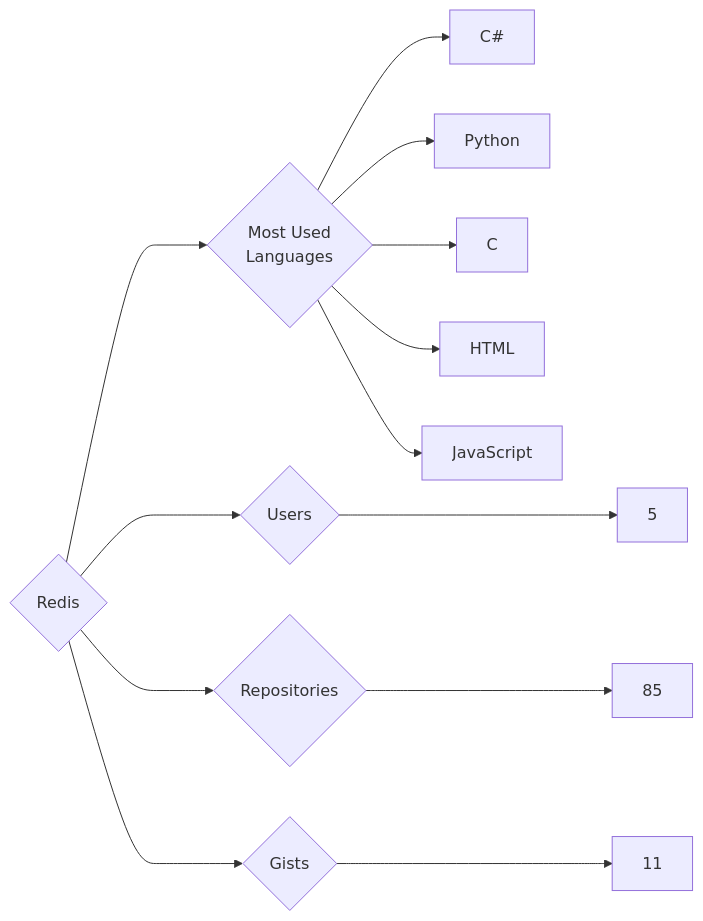
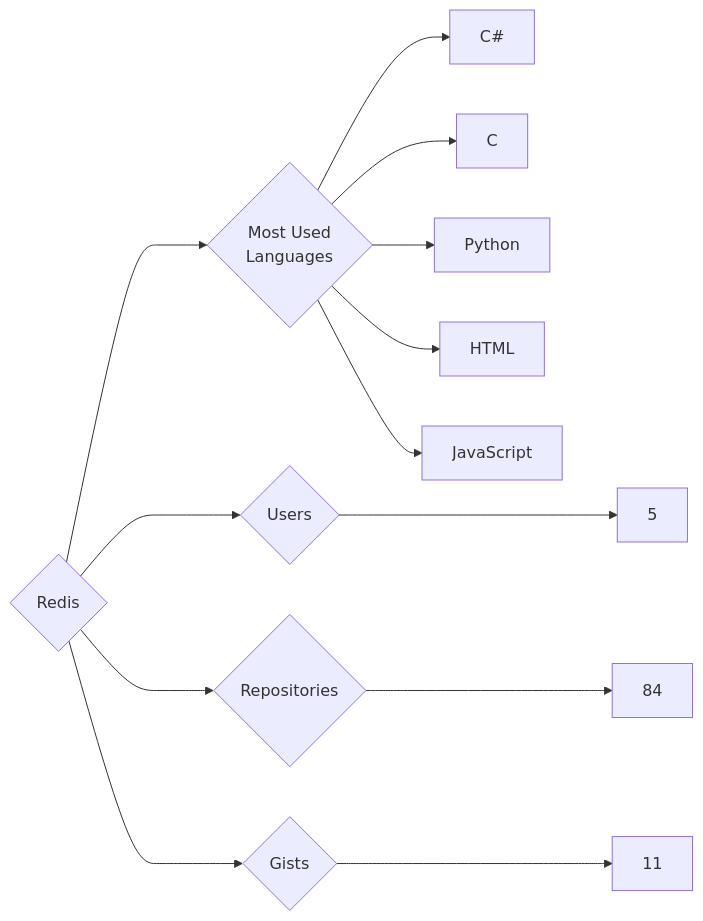
The diagram in targets/Redis/README.md (trickest/insiders), drawn with Mermaid before and after one commit. The commit also changed 797 other files, not shown here.

````diff
--- a/targets/Redis/README.md
+++ b/targets/Redis/README.md
@@ -3,13 +3,13 @@
 ```mermaid
 graph LR
 COMPANY_NAME{Redis}
 COMPANY_NAME ---> U{Users} ---> UN[5]
-COMPANY_NAME ---> R{Repositories} ---> RN[85]
+COMPANY_NAME ---> R{Repositories} ---> RN[84]
 COMPANY_NAME ---> G{Gists} ---> GN[11]
 COMPANY_NAME ---> ML{Most Used<br>Languages}
 ML --> C#[C#]
+ML --> C[C]
 ML --> Python[Python]
-ML --> C[C]
 ML --> HTML[HTML]
 ML --> JavaScript[JavaScript]
 ```
````
